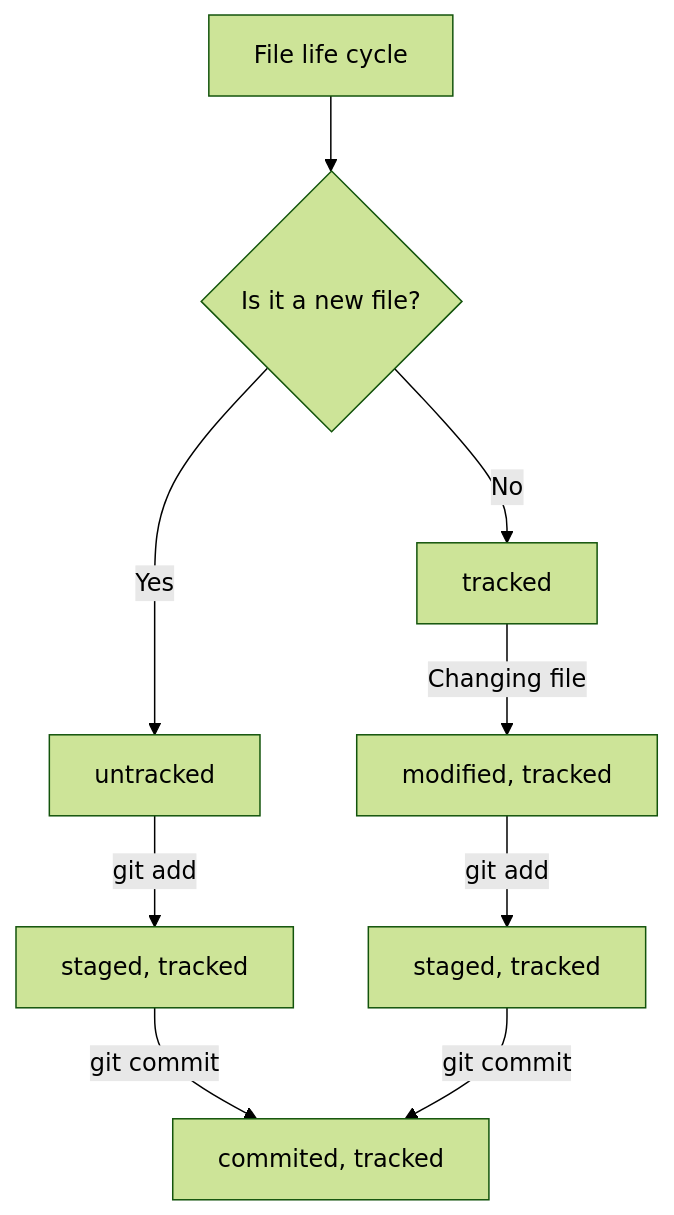
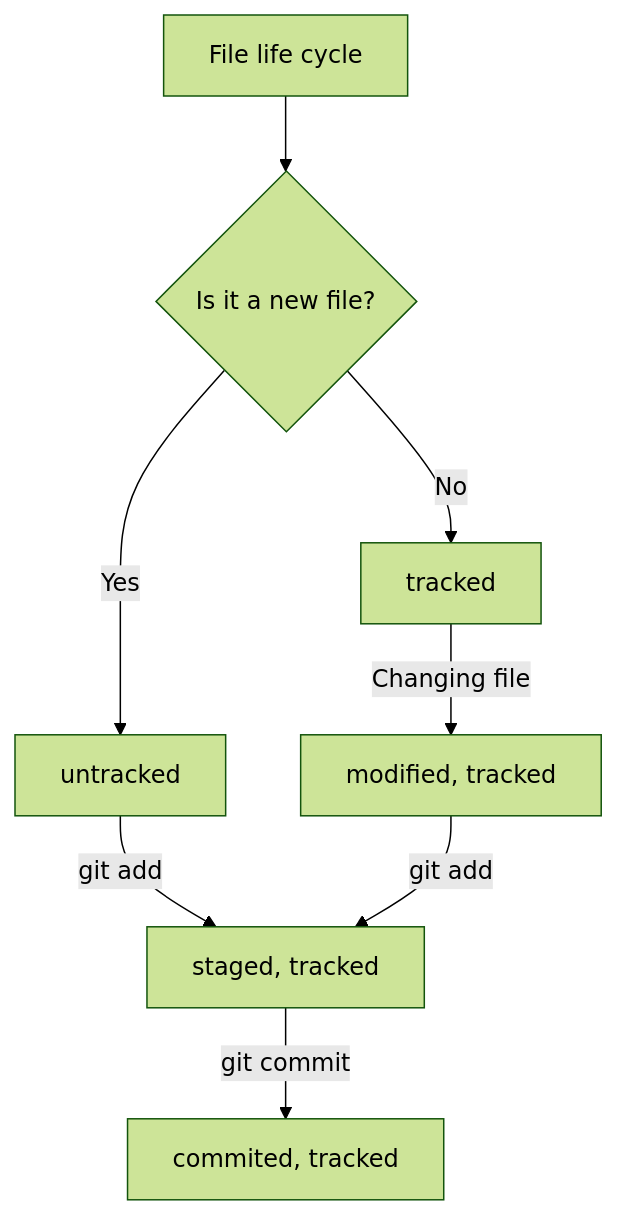
One commit to InspectorOfBeauty/yandex-git-course-notes changed the diagram in README.md. Above: the diagram before and after it, drawn with Mermaid (forest theme).

Commit message:
Fix mermaid-scheme about Git file statuses to README.md (3)

````diff
--- a/README.md
+++ b/README.md
@@ -480,11 +480,10 @@
 ```mermaid
 graph TD;
 	A[File life cycle] --> B{Is it a new file?};
 	B -- Yes --> C[untracked];
 	B -- No --> D[tracked];
 	C -- git add --> E[staged, tracked];
 	E -- git commit --> F[commited, tracked];
 	D -- Changing file --> G[modified, tracked];
-	G -- git add --> H[staged, tracked];
-	H -- git commit --> F[commited, tracked];
+	G -- git add --> E[staged, tracked];
 ```
````
